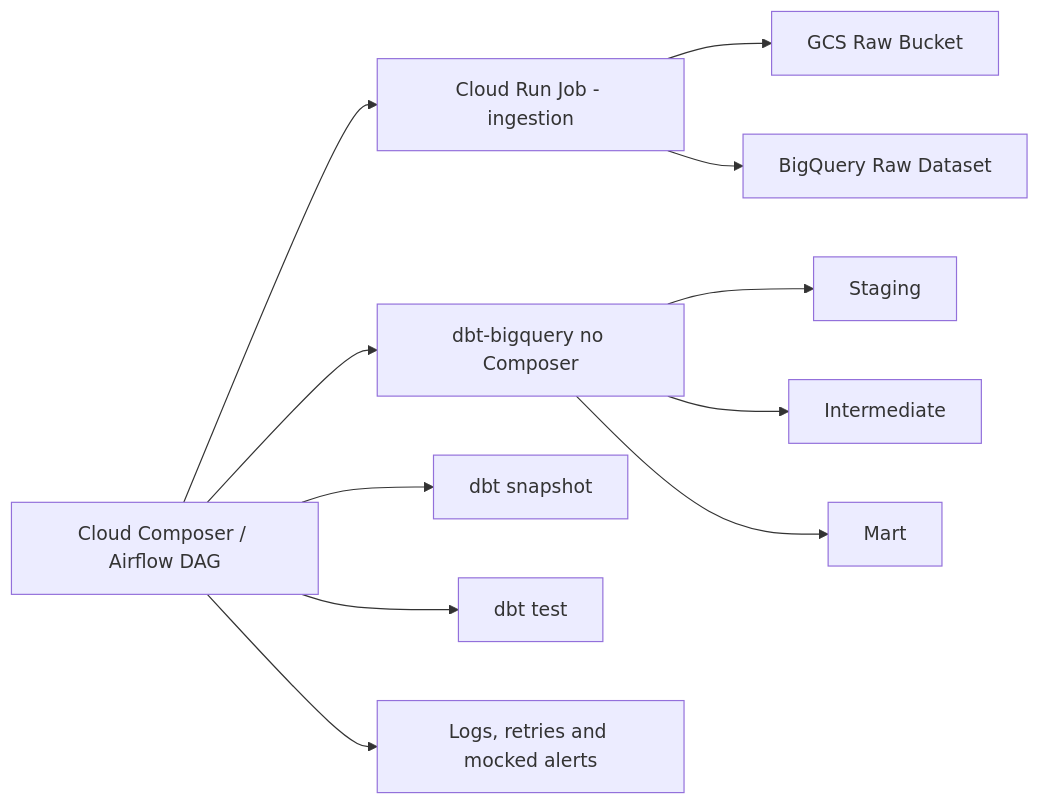
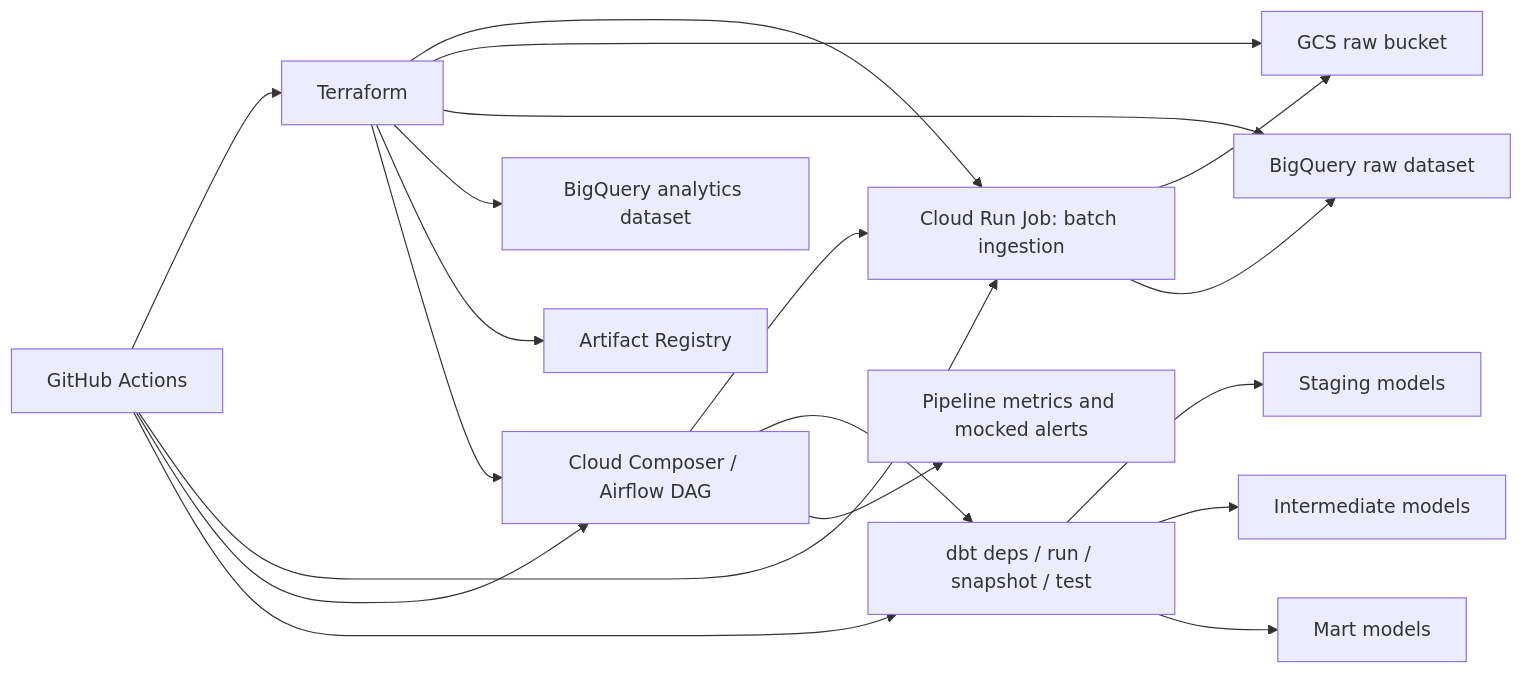
Before and after one commit to lucasskuja/gcp-iot-analytics-dbt: the diagram in README.md, drawn with Mermaid. The commit also changed other lines of this file and 3 other files, not shown here.

````diff
--- a/README.md
+++ b/README.md
@@ -16,13 +35,21 @@
 ```mermaid
 flowchart LR
-    A[Cloud Composer / Airflow DAG] --> B[Cloud Run Job - ingestion]
-    B --> C[GCS Raw Bucket]
-    B --> D[BigQuery Raw Dataset]
-    A --> E[dbt-bigquery no Composer]
-    E --> F[Staging]
-    E --> G[Intermediate]
-    E --> H[Mart]
-    A --> I[dbt snapshot]
-    A --> J[dbt test]
-    A --> K[Logs, retries and mocked alerts]
+    A["Cloud Composer / Airflow DAG"] --> B["Cloud Run Job: batch ingestion"]
+    B --> C["GCS raw bucket"]
+    B --> D["BigQuery raw dataset"]
+    A --> E["dbt deps / run / snapshot / test"]
+    E --> F["Staging models"]
+    E --> G["Intermediate models"]
+    E --> H["Mart models"]
+    A --> I["Pipeline metrics and mocked alerts"]
+    J["Terraform"] --> B
+    J --> C
+    J --> D
+    J --> K["BigQuery analytics dataset"]
+    J --> L["Artifact Registry"]
+    J --> A
+    M["GitHub Actions"] --> J
+    M --> B
+    M --> A
+    M --> E
 ```
````
